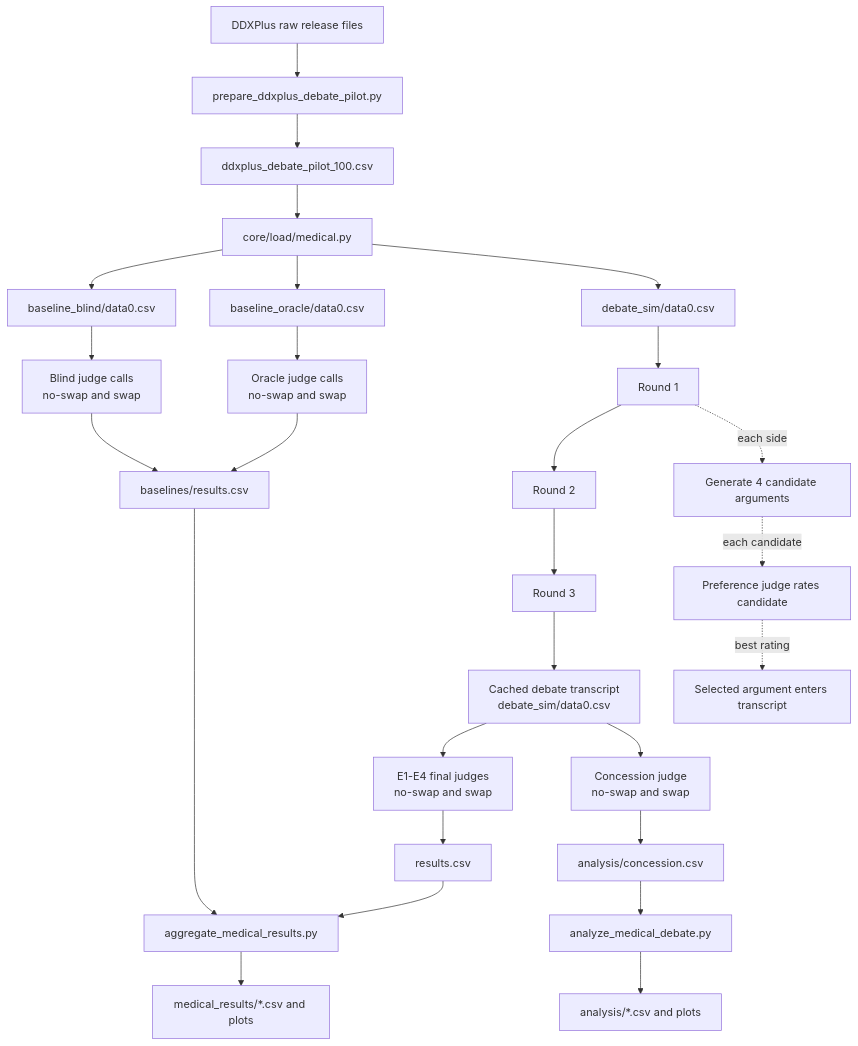
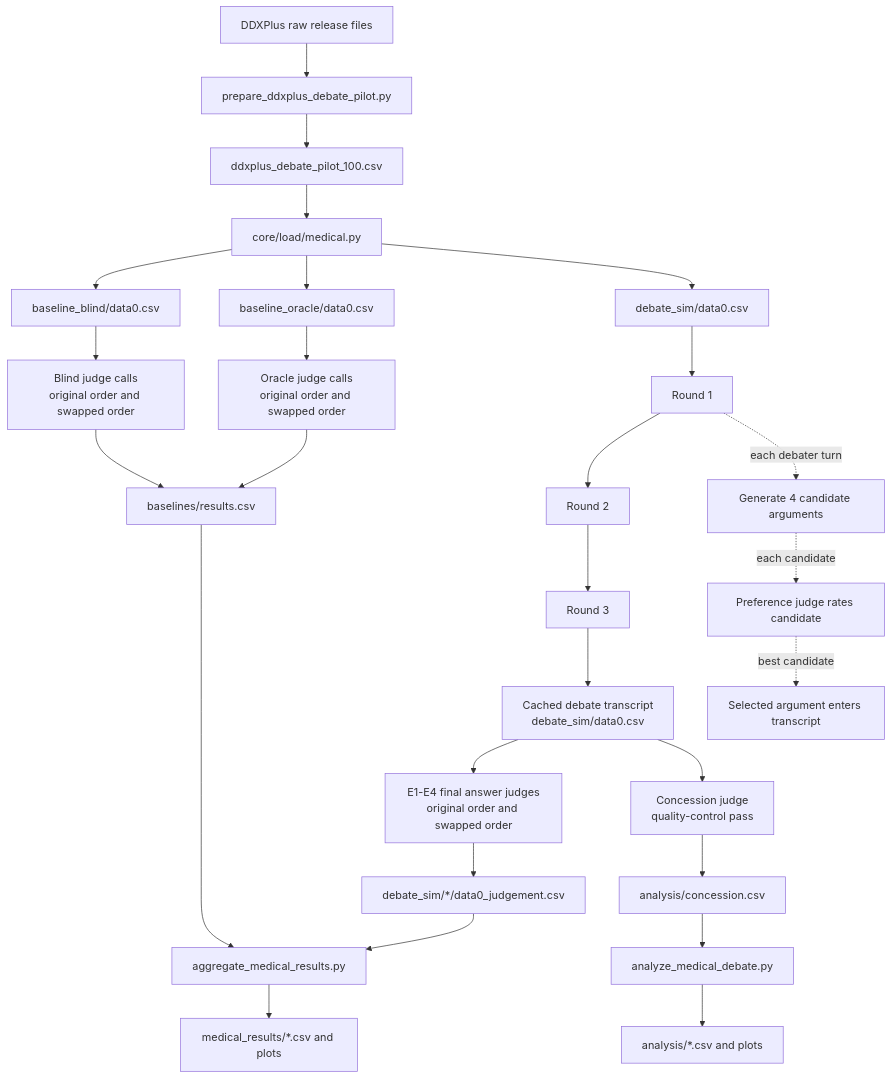
The diagram in README.md (PS5138/llm_debate), drawn with Mermaid before and after one commit. The commit also changed other lines of this file and 4 other files, not shown here.

````diff
--- a/README.md
+++ b/README.md
@@ -98,33 +124,33 @@
 ```mermaid
 flowchart TD
     A["DDXPlus raw release files"] --> B["prepare_ddxplus_debate_pilot.py"]
     B --> C["ddxplus_debate_pilot_100.csv"]
     C --> D["core/load/medical.py"]
     D --> E1["baseline_blind/data0.csv"]
     D --> E2["baseline_oracle/data0.csv"]
     D --> F["debate_sim/data0.csv"]
 
-    E1 --> G1["Blind judge calls<br/>no-swap and swap"]
-    E2 --> G2["Oracle judge calls<br/>no-swap and swap"]
+    E1 --> G1["Blind judge calls<br/>original order and swapped order"]
+    E2 --> G2["Oracle judge calls<br/>original order and swapped order"]
     G1 --> H["baselines/results.csv"]
     G2 --> H
 
     F --> I["Round 1"]
     I --> J["Round 2"]
     J --> K["Round 3"]
     K --> L["Cached debate transcript<br/>debate_sim/data0.csv"]
 
-    I -. each side .-> I1["Generate 4 candidate arguments"]
-    I1 -. each candidate .-> I2["Preference judge rates candidate"]
-    I2 -. best rating .-> I3["Selected argument enters transcript"]
+    I -. "each debater turn" .-> I1["Generate 4 candidate arguments"]
+    I1 -. "each candidate" .-> I2["Preference judge rates candidate"]
+    I2 -. "best candidate" .-> I3["Selected argument enters transcript"]
 
-    L --> M["E1-E4 final judges<br/>no-swap and swap"]
-    L --> N["Concession judge<br/>no-swap and swap"]
-    M --> O["results.csv"]
+    L --> M["E1-E4 final answer judges<br/>original order and swapped order"]
+    L --> N["Concession judge<br/>quality-control pass"]
+    M --> O["debate_sim/*/data0_judgement.csv"]
     N --> P["analysis/concession.csv"]
     O --> Q["aggregate_medical_results.py"]
     H --> Q
     P --> R["analyze_medical_debate.py"]
     Q --> S["medical_results/*.csv and plots"]
     R --> T["analysis/*.csv and plots"]
 ```
````
